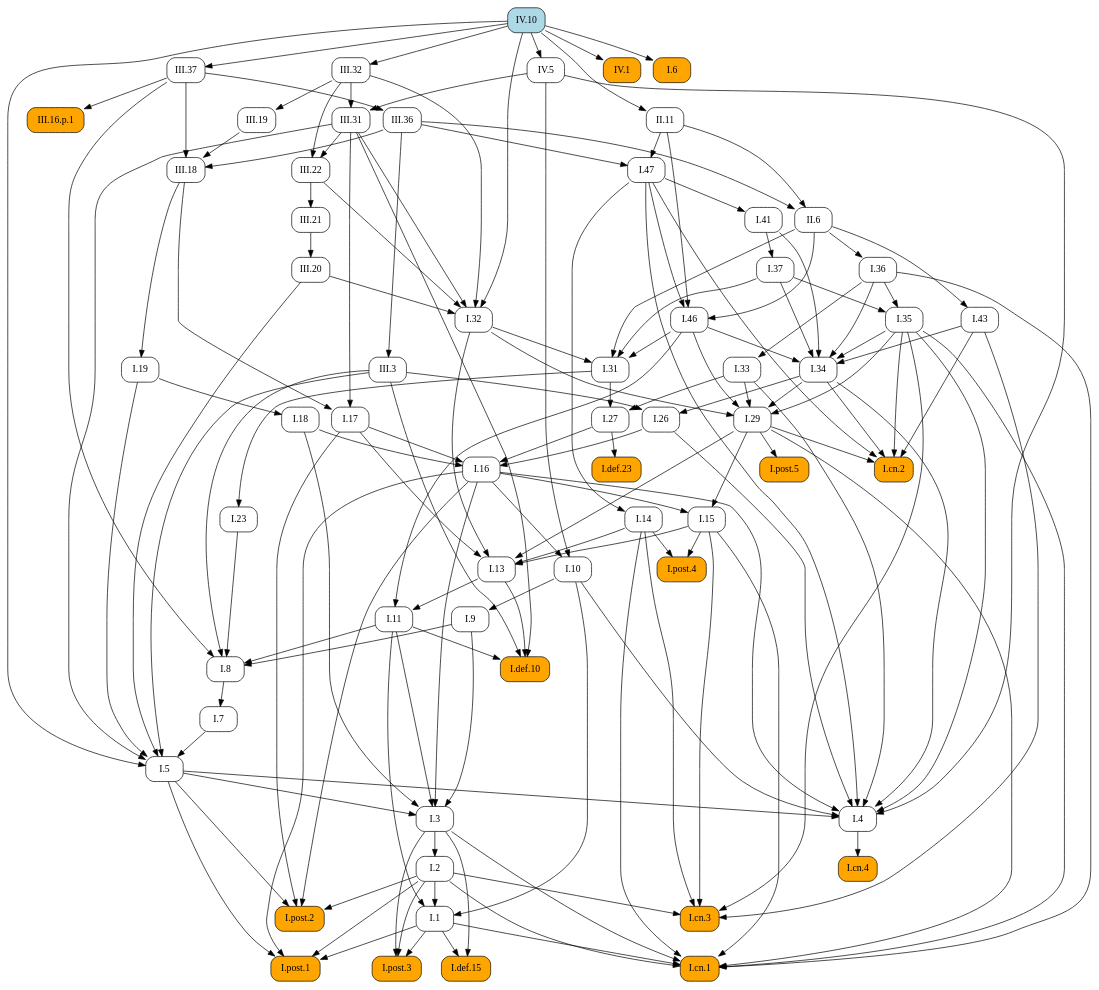
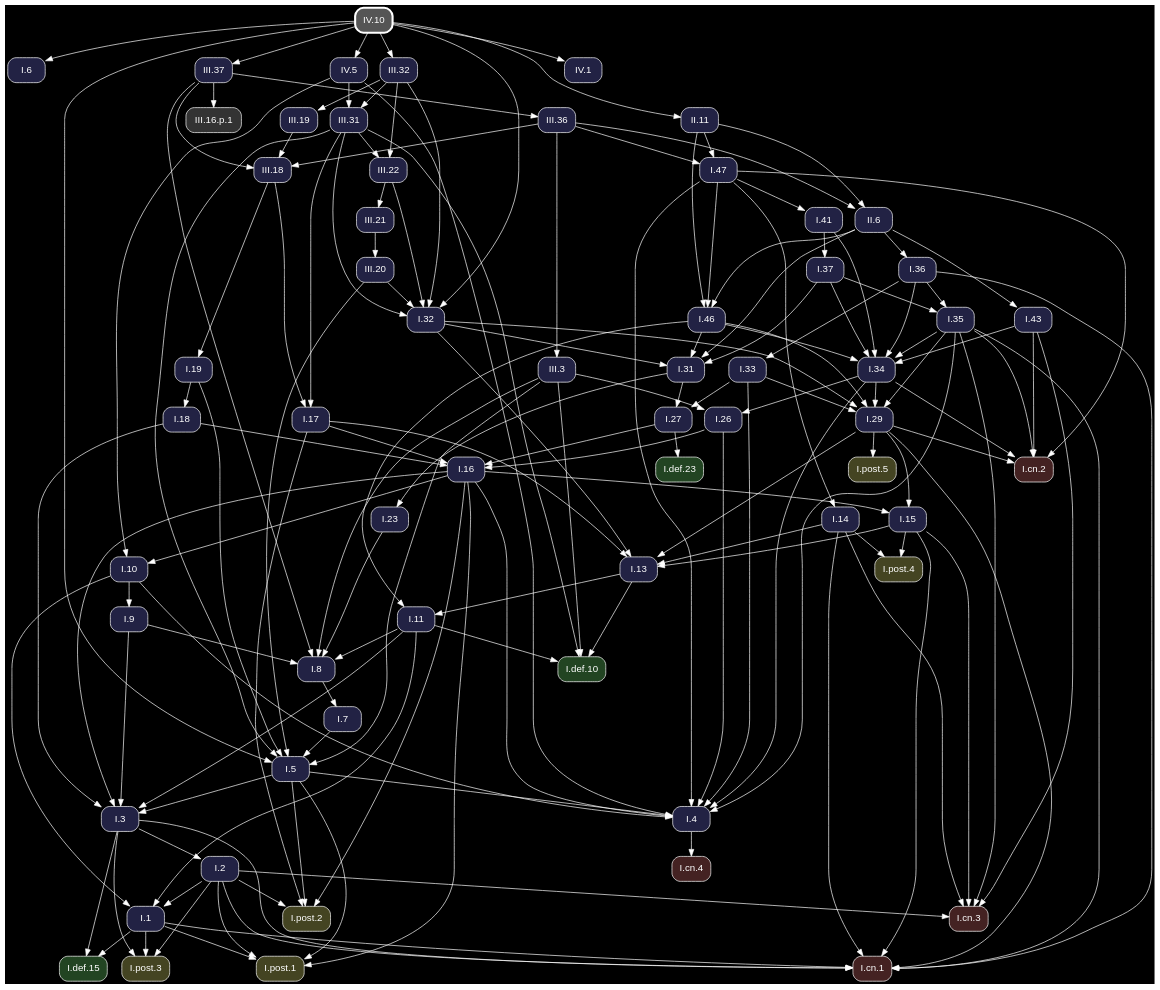
One commit to geometor/elements changed the diagram in docsrc/heath/IV/10/index.rst. Above: the diagram before and after it, drawn with Graphviz. The commit also changed other lines of this file and 1200 other files, not shown here.

Commit message:
update dependency graphs

```diff
--- a/docsrc/heath/IV/10/index.rst
+++ b/docsrc/heath/IV/10/index.rst
@@ -74,123 +74,87 @@
 .. graphviz::
 
    digraph {
+     bgcolor="black";
+     node [shape=box, style="rounded,filled", fontname="Helvetica", color="white", fontcolor="white"];
+     edge [color="white", fontcolor="white"];
      rankdir="TB";
-     node [shape=box, style=rounded];
-     "I.23" [URL="/heath/I/23/", target="_top"];
-     "I.9" [URL="/heath/I/9/", target="_top"];
-     "I.33" [URL="/heath/I/33/", target="_top"];
-     "I.32" [URL="/heath/I/32/", target="_top"];
-     "III.16.p.1" [style="rounded,filled", fillcolor=orange];
-     "IV.1" [style="rounded,filled", fillcolor=orange, URL="/heath/IV/1/", target="_top"];
-     "I.def.15" [style="rounded,filled", fillcolor=orange, URL="/heath/I/def.15/", target="_top"];
-     "I.47" [URL="/heath/I/47/", target="_top"];
-     "II.6" [URL="/heath/II/6/", target="_top"];
-     "I.post.3" [style="rounded,filled", fillcolor=orange, URL="/heath/I/post.3/", target="_top"];
-     "I.post.1" [style="rounded,filled", fillcolor=orange, URL="/heath/I/post.1/", target="_top"];
-     "I.19" [URL="/heath/I/19/", target="_top"];
-     "III.20" [URL="/heath/III/20/", target="_top"];
-     "I.43" [URL="/heath/I/43/", target="_top"];
-     "III.19" [URL="/heath/III/19/", target="_top"];
-     "I.31" [URL="/heath/I/31/", target="_top"];
-     "III.22" [URL="/heath/III/22/", target="_top"];
-     "I.def.10" [style="rounded,filled", fillcolor=orange, URL="/heath/I/def.10/", target="_top"];
-     "I.18" [URL="/heath/I/18/", target="_top"];
-     "I.27" [URL="/heath/I/27/", target="_top"];
-     "I.14" [URL="/heath/I/14/", target="_top"];
-     "I.34" [URL="/heath/I/34/", target="_top"];
-     "I.3" [URL="/heath/I/3/", target="_top"];
-     "I.35" [URL="/heath/I/35/", target="_top"];
-     "I.cn.1" [style="rounded,filled", fillcolor=orange, URL="/heath/I/cn.1/", target="_top"];
-     "III.18" [URL="/heath/III/18/", target="_top"];
-     "III.37" [URL="/heath/III/37/", target="_top"];
-     "I.7" [URL="/heath/I/7/", target="_top"];
-     "III.32" [URL="/heath/III/32/", target="_top"];
-     "I.2" [URL="/heath/I/2/", target="_top"];
-     "III.36" [URL="/heath/III/36/", target="_top"];
-     "I.36" [URL="/heath/I/36/", target="_top"];
-     "IV.10" [style="rounded,filled", fillcolor=lightblue, URL="/heath/IV/10/", target="_top"];
-     "I.13" [URL="/heath/I/13/", target="_top"];
-     "I.post.4" [style="rounded,filled", fillcolor=orange, URL="/heath/I/post.4/", target="_top"];
-     "I.4" [URL="/heath/I/4/", target="_top"];
-     "I.1" [URL="/heath/I/1/", target="_top"];
-     "I.5" [URL="/heath/I/5/", target="_top"];
-     "I.8" [URL="/heath/I/8/", target="_top"];
-     "I.17" [URL="/heath/I/17/", target="_top"];
-     "III.3" [URL="/heath/III/3/", target="_top"];
-     "I.37" [URL="/heath/I/37/", target="_top"];
-     "I.29" [URL="/heath/I/29/", target="_top"];
-     "I.cn.3" [style="rounded,filled", fillcolor=orange, URL="/heath/I/cn.3/", target="_top"];
-     "I.16" [URL="/heath/I/16/", target="_top"];
-     "III.31" [URL="/heath/III/31/", target="_top"];
-     "I.15" [URL="/heath/I/15/", target="_top"];
-     "I.10" [URL="/heath/I/10/", target="_top"];
-     "II.11" [URL="/heath/II/11/", target="_top"];
-     "I.11" [URL="/heath/I/11/", target="_top"];
-     "I.def.23" [style="rounded,filled", fillcolor=orange, URL="/heath/I/def.23/", target="_top"];
-     "I.cn.2" [style="rounded,filled", fillcolor=orange, URL="/heath/I/cn.2/", target="_top"];
-     "I.post.5" [style="rounded,filled", fillcolor=orange, URL="/heath/I/post.5/", target="_top"];
-     "I.cn.4" [style="rounded,filled", fillcolor=orange, URL="/heath/I/cn.4/", target="_top"];
-     "IV.5" [URL="/heath/IV/5/", target="_top"];
-     "I.post.2" [style="rounded,filled", fillcolor=orange, URL="/heath/I/post.2/", target="_top"];
-     "I.41" [URL="/heath/I/41/", target="_top"];
-     "III.21" [URL="/heath/III/21/", target="_top"];
-     "I.46" [URL="/heath/I/46/", target="_top"];
-     "I.26" [URL="/heath/I/26/", target="_top"];
-     "I.6" [style="rounded,filled", fillcolor=orange, URL="/heath/I/6/", target="_top"];
-     "I.31" -> "I.23";
-     "I.10" -> "I.9";
-     "I.36" -> "I.33";
+     "I.6" [fillcolor="#222244", URL="/heath/I/6/", target="_top"];
+     "I.31" [fillcolor="#222244", URL="/heath/I/31/", target="_top"];
+     "III.37" [fillcolor="#222244", URL="/heath/III/37/", target="_top"];
+     "I.32" [fillcolor="#222244", URL="/heath/I/32/", target="_top"];
+     "I.3" [fillcolor="#222244", URL="/heath/I/3/", target="_top"];
+     "I.cn.1" [fillcolor="#442222", URL="/heath/I/cn.1/", target="_top"];
+     "I.19" [fillcolor="#222244", URL="/heath/I/19/", target="_top"];
+     "I.def.10" [fillcolor="#224422", URL="/heath/I/def.10/", target="_top"];
+     "III.32" [fillcolor="#222244", URL="/heath/III/32/", target="_top"];
+     "I.15" [fillcolor="#222244", URL="/heath/I/15/", target="_top"];
+     "IV.10" [penwidth=3, color="white", fillcolor="#555555", URL="/heath/IV/10/", target="_top"];
+     "III.18" [fillcolor="#222244", URL="/heath/III/18/", target="_top"];
+     "I.13" [fillcolor="#222244", URL="/heath/I/13/", target="_top"];
+     "I.27" [fillcolor="#222244", URL="/heath/I/27/", target="_top"];
+     "I.2" [fillcolor="#222244", URL="/heath/I/2/", target="_top"];
+     "I.41" [fillcolor="#222244", URL="/heath/I/41/", target="_top"];
+     "I.cn.2" [fillcolor="#442222", URL="/heath/I/cn.2/", target="_top"];
+     "I.9" [fillcolor="#222244", URL="/heath/I/9/", target="_top"];
+     "I.43" [fillcolor="#222244", URL="/heath/I/43/", target="_top"];
+     "II.6" [fillcolor="#222244", URL="/heath/II/6/", target="_top"];
+     "I.post.5" [fillcolor="#444422", URL="/heath/I/post.5/", target="_top"];
+     "I.1" [fillcolor="#222244", URL="/heath/I/1/", target="_top"];
+     "I.post.4" [fillcolor="#444422", URL="/heath/I/post.4/", target="_top"];
+     "I.23" [fillcolor="#222244", URL="/heath/I/23/", target="_top"];
+     "I.26" [fillcolor="#222244", URL="/heath/I/26/", target="_top"];
+     "I.8" [fillcolor="#222244", URL="/heath/I/8/", target="_top"];
+     "I.4" [fillcolor="#222244", URL="/heath/I/4/", target="_top"];
+     "I.7" [fillcolor="#222244", URL="/heath/I/7/", target="_top"];
+     "II.11" [fillcolor="#222244", URL="/heath/II/11/", target="_top"];
+     "I.5" [fillcolor="#222244", URL="/heath/I/5/", target="_top"];
+     "I.10" [fillcolor="#222244", URL="/heath/I/10/", target="_top"];
+     "IV.5" [fillcolor="#222244", URL="/heath/IV/5/", target="_top"];
+     "III.22" [fillcolor="#222244", URL="/heath/III/22/", target="_top"];
+     "I.46" [fillcolor="#222244", URL="/heath/I/46/", target="_top"];
+     "III.36" [fillcolor="#222244", URL="/heath/III/36/", target="_top"];
+     "IV.1" [fillcolor="#222244", URL="/heath/IV/1/", target="_top"];
+     "I.post.1" [fillcolor="#444422", URL="/heath/I/post.1/", target="_top"];
+     "I.11" [fillcolor="#222244", URL="/heath/I/11/", target="_top"];
+     "I.16" [fillcolor="#222244", URL="/heath/I/16/", target="_top"];
+     "I.37" [fillcolor="#222244", URL="/heath/I/37/", target="_top"];
+     "I.cn.3" [fillcolor="#442222", URL="/heath/I/cn.3/", target="_top"];
+     "III.21" [fillcolor="#222244", URL="/heath/III/21/", target="_top"];
+     "I.36" [fillcolor="#222244", URL="/heath/I/36/", target="_top"];
+     "I.29" [fillcolor="#222244", URL="/heath/I/29/", target="_top"];
+     "I.post.2" [fillcolor="#444422", URL="/heath/I/post.2/", target="_top"];
+     "I.cn.4" [fillcolor="#442222", URL="/heath/I/cn.4/", target="_top"];
+     "I.47" [fillcolor="#222244", URL="/heath/I/47/", target="_top"];
+     "I.14" [fillcolor="#222244", URL="/heath/I/14/", target="_top"];
+     "I.def.23" [fillcolor="#224422", URL="/heath/I/def.23/", target="_top"];
+     "I.35" [fillcolor="#222244", URL="/heath/I/35/", target="_top"];
+     "III.3" [fillcolor="#222244", URL="/heath/III/3/", target="_top"];
+     "III.19" [fillcolor="#222244", URL="/heath/III/19/", target="_top"];
+     "III.31" [fillcolor="#222244", URL="/heath/III/31/", target="_top"];
+     "I.post.3" [fillcolor="#444422", URL="/heath/I/post.3/", target="_top"];
+     "I.33" [fillcolor="#222244", URL="/heath/I/33/", target="_top"];
+     "I.18" [fillcolor="#222244", URL="/heath/I/18/", target="_top"];
+     "I.34" [fillcolor="#222244", URL="/heath/I/34/", target="_top"];
+     "III.20" [fillcolor="#222244", URL="/heath/III/20/", target="_top"];
+     "I.def.15" [fillcolor="#224422", URL="/heath/I/def.15/", target="_top"];
+     "I.17" [fillcolor="#222244", URL="/heath/I/17/", target="_top"];
+     "III.16.p.1" [fillcolor="#333333"];
+     "IV.10" -> "I.6";
+     "I.32" -> "I.31";
+     "I.37" -> "I.31";
+     "I.46" -> "I.31";
+     "II.6" -> "I.31";
+     "IV.10" -> "III.37";
      "III.20" -> "I.32";
      "III.22" -> "I.32";
      "III.31" -> "I.32";
      "III.32" -> "I.32";
      "IV.10" -> "I.32";
-     "III.37" -> "III.16.p.1";
-     "IV.10" -> "IV.1";
-     "I.1" -> "I.def.15";
-     "I.3" -> "I.def.15";
-     "II.11" -> "I.47";
-     "III.36" -> "I.47";
-     "II.11" -> "II.6";
-     "III.36" -> "II.6";
-     "I.1" -> "I.post.3";
-     "I.2" -> "I.post.3";
-     "I.3" -> "I.post.3";
-     "I.1" -> "I.post.1";
-     "I.2" -> "I.post.1";
-     "I.5" -> "I.post.1";
-     "I.16" -> "I.post.1";
-     "III.18" -> "I.19";
-     "III.21" -> "III.20";
-     "II.6" -> "I.43";
-     "III.32" -> "III.19";
-     "I.32" -> "I.31";
-     "I.37" -> "I.31";
-     "I.46" -> "I.31";
-     "II.6" -> "I.31";
-     "III.31" -> "III.22";
-     "III.32" -> "III.22";
-     "I.11" -> "I.def.10";
-     "I.13" -> "I.def.10";
-     "III.3" -> "I.def.10";
-     "III.31" -> "I.def.10";
-     "I.19" -> "I.18";
-     "I.31" -> "I.27";
-     "I.33" -> "I.27";
-     "I.47" -> "I.14";
-     "I.35" -> "I.34";
-     "I.36" -> "I.34";
-     "I.37" -> "I.34";
-     "I.41" -> "I.34";
-     "I.43" -> "I.34";
-     "I.46" -> "I.34";
      "I.5" -> "I.3";
      "I.9" -> "I.3";
      "I.11" -> "I.3";
      "I.16" -> "I.3";
      "I.18" -> "I.3";
-     "I.36" -> "I.35";
-     "I.37" -> "I.35";
      "I.1" -> "I.cn.1";
      "I.2" -> "I.cn.1";
      "I.3" -> "I.cn.1";
@@ -199,22 +163,49 @@
      "I.29" -> "I.cn.1";
      "I.35" -> "I.cn.1";
      "I.36" -> "I.cn.1";
+     "III.18" -> "I.19";
+     "I.11" -> "I.def.10";
+     "I.13" -> "I.def.10";
+     "III.3" -> "I.def.10";
+     "III.31" -> "I.def.10";
+     "IV.10" -> "III.32";
+     "I.16" -> "I.15";
+     "I.29" -> "I.15";
      "III.19" -> "III.18";
      "III.36" -> "III.18";
      "III.37" -> "III.18";
-     "IV.10" -> "III.37";
-     "I.8" -> "I.7";
-     "IV.10" -> "III.32";
-     "I.3" -> "I.2";
-     "III.37" -> "III.36";
-     "II.6" -> "I.36";
      "I.14" -> "I.13";
      "I.15" -> "I.13";
      "I.17" -> "I.13";
      "I.29" -> "I.13";
      "I.32" -> "I.13";
+     "I.31" -> "I.27";
+     "I.33" -> "I.27";
+     "I.3" -> "I.2";
+     "I.47" -> "I.41";
+     "I.29" -> "I.cn.2";
+     "I.34" -> "I.cn.2";
+     "I.35" -> "I.cn.2";
+     "I.43" -> "I.cn.2";
+     "I.47" -> "I.cn.2";
+     "I.10" -> "I.9";
+     "II.6" -> "I.43";
+     "II.11" -> "II.6";
+     "III.36" -> "II.6";
+     "I.29" -> "I.post.5";
+     "I.2" -> "I.1";
+     "I.10" -> "I.1";
+     "I.11" -> "I.1";
      "I.14" -> "I.post.4";
      "I.15" -> "I.post.4";
+     "I.31" -> "I.23";
+     "I.34" -> "I.26";
+     "III.3" -> "I.26";
+     "I.9" -> "I.8";
+     "I.11" -> "I.8";
+     "I.23" -> "I.8";
+     "III.3" -> "I.8";
+     "III.37" -> "I.8";
      "I.5" -> "I.4";
      "I.10" -> "I.4";
      "I.16" -> "I.4";
@@ -224,66 +215,77 @@
      "I.35" -> "I.4";
      "I.47" -> "I.4";
      "IV.5" -> "I.4";
-     "I.2" -> "I.1";
-     "I.10" -> "I.1";
-     "I.11" -> "I.1";
+     "I.8" -> "I.7";
+     "IV.10" -> "II.11";
      "I.7" -> "I.5";
      "I.19" -> "I.5";
      "III.3" -> "I.5";
      "III.20" -> "I.5";
      "III.31" -> "I.5";
      "IV.10" -> "I.5";
-     "I.9" -> "I.8";
-     "I.11" -> "I.8";
-     "I.23" -> "I.8";
-     "III.3" -> "I.8";
-     "III.37" -> "I.8";
-     "III.18" -> "I.17";
-     "III.31" -> "I.17";
-     "III.36" -> "III.3";
+     "I.16" -> "I.10";
+     "IV.5" -> "I.10";
+     "IV.10" -> "IV.5";
+     "III.31" -> "III.22";
+     "III.32" -> "III.22";
+     "I.47" -> "I.46";
+     "II.6" -> "I.46";
+     "II.11" -> "I.46";
+     "III.37" -> "III.36";
+     "IV.10" -> "IV.1";
+     "I.1" -> "I.post.1";
+     "I.2" -> "I.post.1";
+     "I.5" -> "I.post.1";
+     "I.16" -> "I.post.1";
+     "I.13" -> "I.11";
+     "I.46" -> "I.11";
+     "I.17" -> "I.16";
+     "I.18" -> "I.16";
+     "I.26" -> "I.16";
+     "I.27" -> "I.16";
      "I.41" -> "I.37";
+     "I.2" -> "I.cn.3";
+     "I.14" -> "I.cn.3";
+     "I.15" -> "I.cn.3";
+     "I.35" -> "I.cn.3";
+     "I.43" -> "I.cn.3";
+     "III.22" -> "III.21";
+     "II.6" -> "I.36";
      "I.32" -> "I.29";
      "I.33" -> "I.29";
      "I.34" -> "I.29";
      "I.35" -> "I.29";
      "I.46" -> "I.29";
-     "I.2" -> "I.cn.3";
-     "I.14" -> "I.cn.3";
-     "I.15" -> "I.cn.3";
-     "I.35" -> "I.cn.3";
-     "I.43" -> "I.cn.3";
-     "I.17" -> "I.16";
-     "I.18" -> "I.16";
-     "I.26" -> "I.16";
-     "I.27" -> "I.16";
-     "III.32" -> "III.31";
-     "IV.5" -> "III.31";
-     "I.16" -> "I.15";
-     "I.29" -> "I.15";
-     "I.16" -> "I.10";
-     "IV.5" -> "I.10";
-     "IV.10" -> "II.11";
-     "I.13" -> "I.11";
-     "I.46" -> "I.11";
-     "I.27" -> "I.def.23";
-     "I.29" -> "I.cn.2";
-     "I.34" -> "I.cn.2";
-     "I.35" -> "I.cn.2";
-     "I.43" -> "I.cn.2";
-     "I.47" -> "I.cn.2";
-     "I.29" -> "I.post.5";
-     "I.4" -> "I.cn.4";
-     "IV.10" -> "IV.5";
      "I.2" -> "I.post.2";
      "I.5" -> "I.post.2";
      "I.16" -> "I.post.2";
      "I.17" -> "I.post.2";
-     "I.47" -> "I.41";
-     "III.22" -> "III.21";
-     "I.47" -> "I.46";
-     "II.6" -> "I.46";
-     "II.11" -> "I.46";
-     "I.34" -> "I.26";
-     "III.3" -> "I.26";
-     "IV.10" -> "I.6";
+     "I.4" -> "I.cn.4";
+     "II.11" -> "I.47";
+     "III.36" -> "I.47";
+     "I.47" -> "I.14";
+     "I.27" -> "I.def.23";
+     "I.36" -> "I.35";
+     "I.37" -> "I.35";
+     "III.36" -> "III.3";
+     "III.32" -> "III.19";
+     "III.32" -> "III.31";
+     "IV.5" -> "III.31";
+     "I.1" -> "I.post.3";
+     "I.2" -> "I.post.3";
+     "I.3" -> "I.post.3";
+     "I.36" -> "I.33";
+     "I.19" -> "I.18";
+     "I.35" -> "I.34";
+     "I.36" -> "I.34";
+     "I.37" -> "I.34";
+     "I.41" -> "I.34";
+     "I.43" -> "I.34";
+     "I.46" -> "I.34";
+     "III.21" -> "III.20";
+     "I.1" -> "I.def.15";
+     "I.3" -> "I.def.15";
+     "III.18" -> "I.17";
+     "III.31" -> "I.17";
+     "III.37" -> "III.16.p.1";
    }
```
